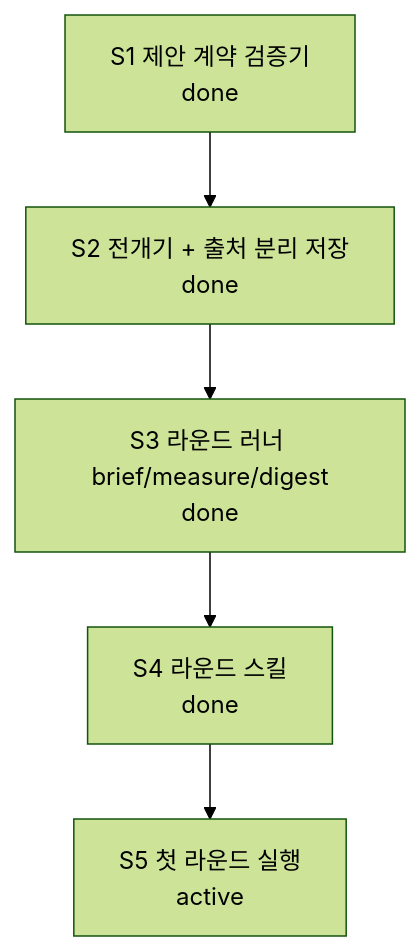
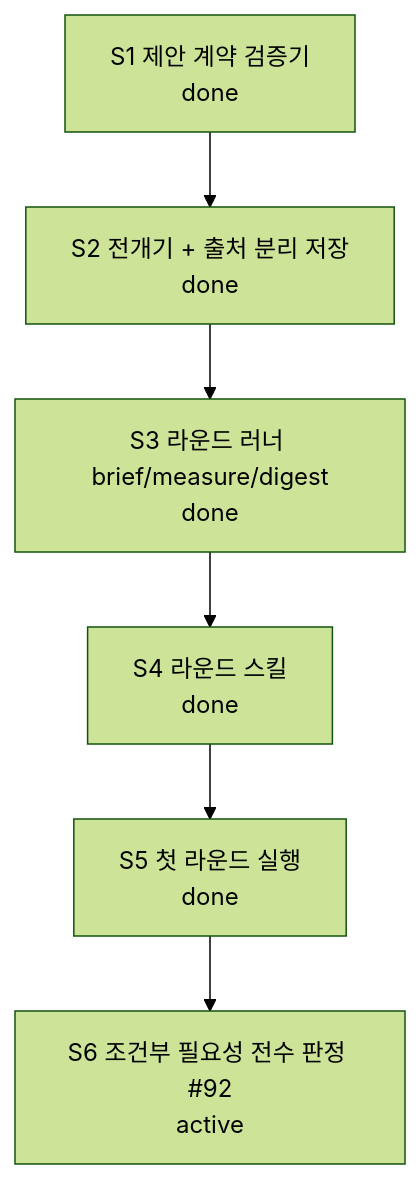
One commit to skerfolg/poe2-ai-wiki changed the diagram in docs/CURRENT-PLAN.md. Above: the diagram before and after it, drawn with Mermaid (forest theme). The commit also changed other lines of this file and 4 other files, not shown here.

First line of the commit message:
#92 — 「측정 0 = 가치 없음」 전제 폐기, 조건부 필요성 판정 큐

````diff
--- a/docs/CURRENT-PLAN.md
+++ b/docs/CURRENT-PLAN.md
@@ -23,9 +23,10 @@
 ```mermaid
 flowchart TD
   CONTRACT[S1 제안 계약 검증기<br/>done]
   FLOW[S2 전개기 + 출처 분리 저장<br/>done]
   ROUND[S3 라운드 러너 brief/measure/digest<br/>done]
   SKILL[S4 라운드 스킬<br/>done]
-  FIRST[S5 첫 라운드 실행<br/>active]
-  CONTRACT --> FLOW --> ROUND --> SKILL --> FIRST
+  FIRST[S5 첫 라운드 실행<br/>done]
+  NECESS[S6 조건부 필요성 전수 판정 #92<br/>active]
+  CONTRACT --> FLOW --> ROUND --> SKILL --> FIRST --> NECESS
 ```
````
